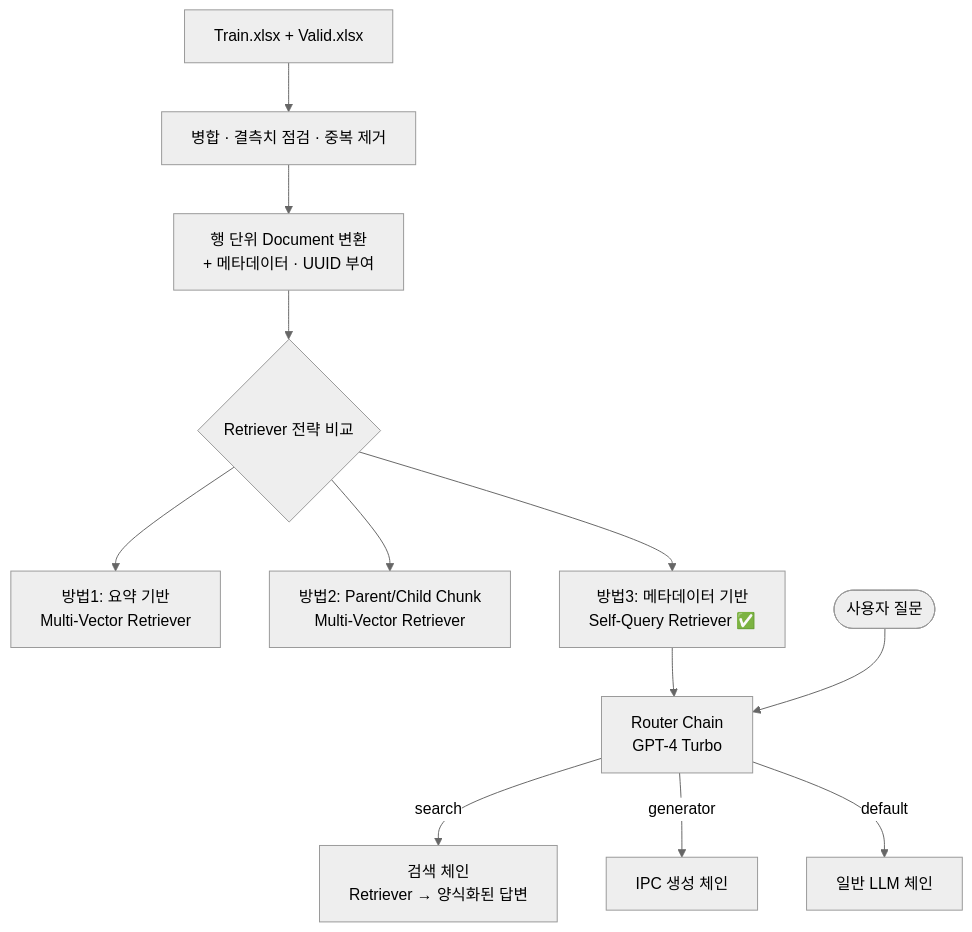
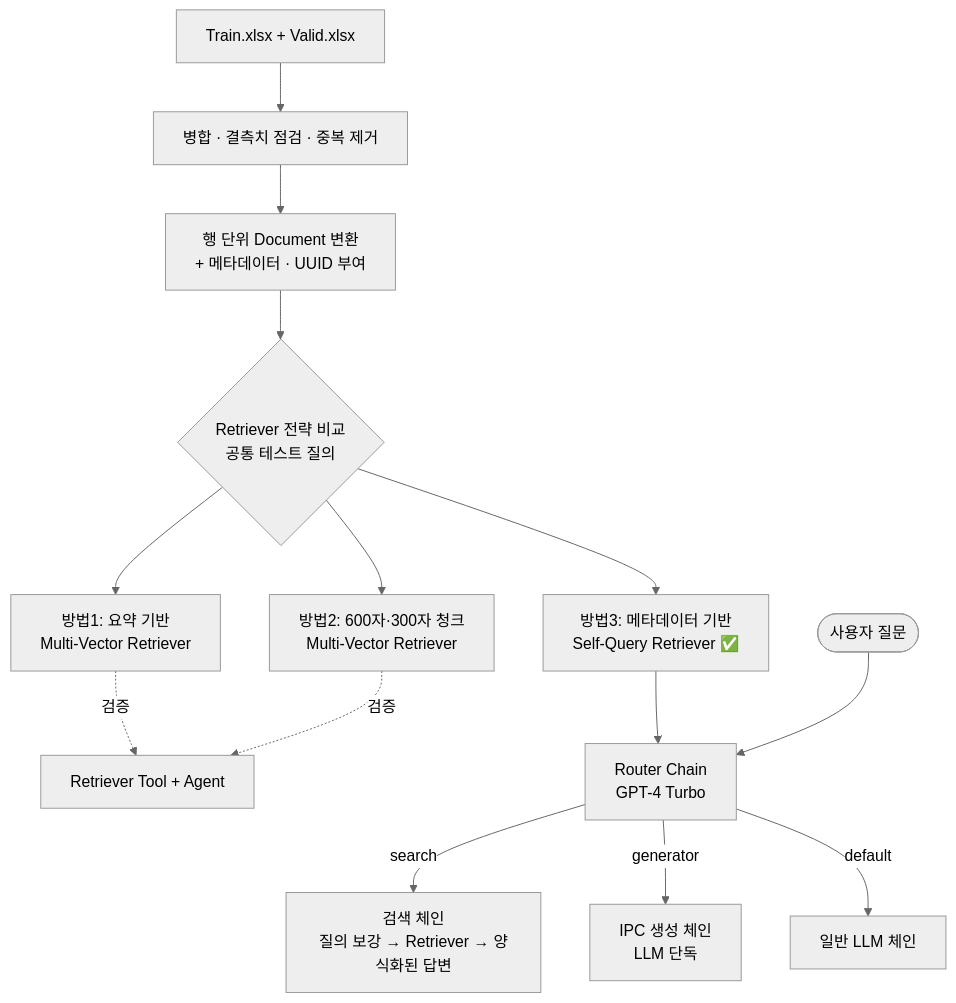
One commit to SunWoo1213/Patent_Classification changed the diagram in README.md. Above: the diagram before and after it, drawn with Mermaid (neutral theme). The commit also changed other lines of this file, not shown here.

````diff
--- a/README.md
+++ b/README.md
@@ -34,16 +55,19 @@
 ```mermaid
 flowchart TD
     A[Train.xlsx + Valid.xlsx] --> B[병합 · 결측치 점검 · 중복 제거]
     B --> C[행 단위 Document 변환<br/>+ 메타데이터 · UUID 부여]
-    C --> D{Retriever 전략 비교}
+    C --> D{Retriever 전략 비교<br/>공통 테스트 질의}
 
     D --> E1[방법1: 요약 기반<br/>Multi-Vector Retriever]
-    D --> E2[방법2: Parent/Child Chunk<br/>Multi-Vector Retriever]
+    D --> E2[방법2: 600자·300자 청크<br/>Multi-Vector Retriever]
     D --> E3[방법3: 메타데이터 기반<br/>Self-Query Retriever ✅]
+
+    E1 -.검증.-> AG[Retriever Tool + Agent]
+    E2 -.검증.-> AG
 
     E3 --> F[Router Chain<br/>GPT-4 Turbo]
     U([사용자 질문]) --> F
-    F -->|search| G[검색 체인<br/>Retriever → 양식화된 답변]
-    F -->|generator| H[IPC 생성 체인]
+    F -->|search| G[검색 체인<br/>질의 보강 → Retriever → 양식화된 답변]
+    F -->|generator| H[IPC 생성 체인<br/>LLM 단독]
     F -->|default| I[일반 LLM 체인]
 ```
````
